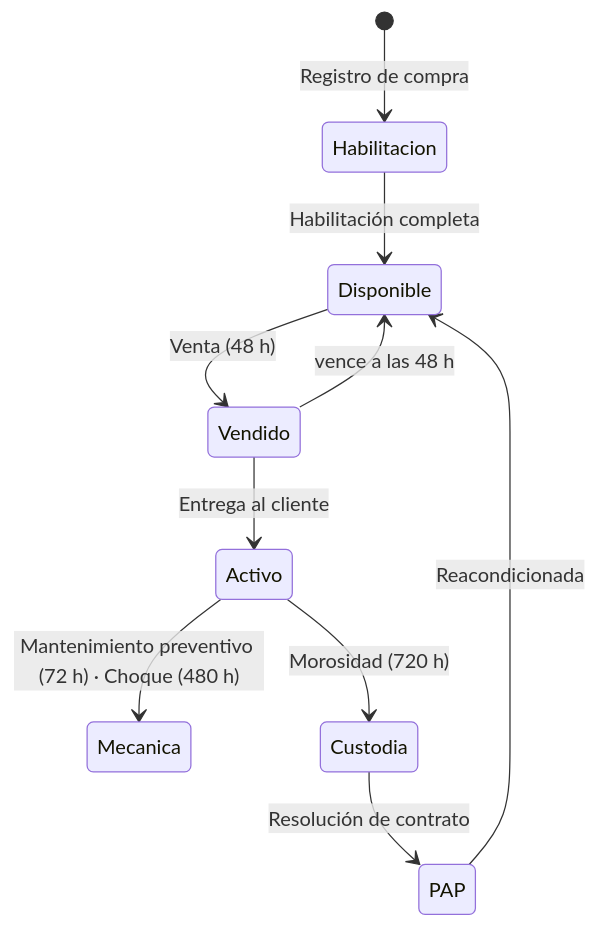
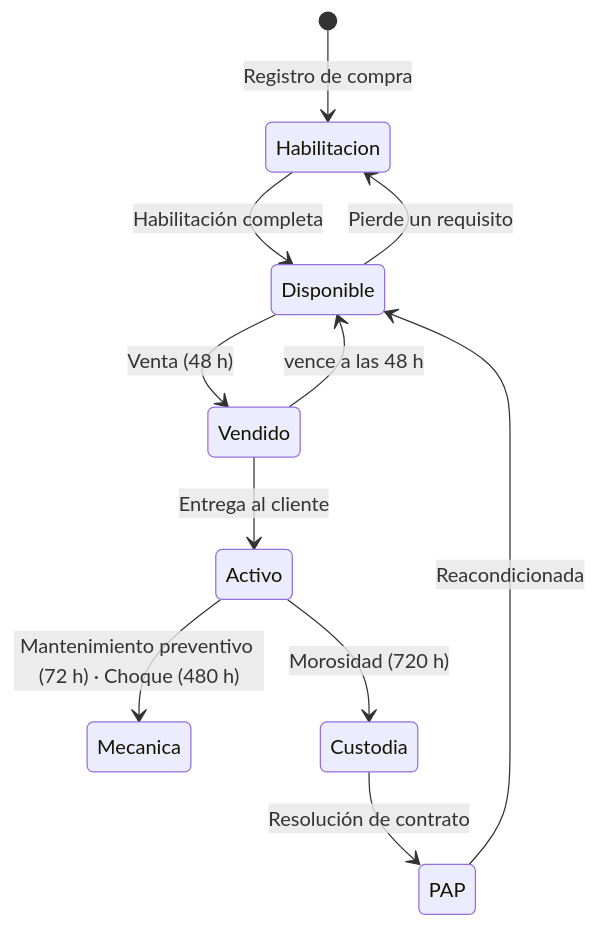
One commit to erp-millennium-mobility-sac/erp-millennium-mobility-documentation changed the second of 2 diagrams in procesos-y-pantallas-millennium-mobility.md. Above: the diagram before and after it, drawn with Mermaid. The commit also changed other lines of this file, not shown here.

````diff
--- a/procesos-y-pantallas-millennium-mobility.md
+++ b/procesos-y-pantallas-millennium-mobility.md
@@ -173,12 +180,13 @@
 ```mermaid
 stateDiagram-v2
   [*] --> Habilitacion : Registro de compra
   Habilitacion --> Disponible : Habilitación completa
+  Disponible --> Habilitacion : Pierde un requisito
   Disponible --> Vendido : Venta (48 h)
   Vendido --> Disponible : vence a las 48 h
   Vendido --> Activo : Entrega al cliente
   Activo --> Mecanica : Mantenimiento preventivo (72 h) · Choque (480 h)
   Activo --> Custodia : Morosidad (720 h)
   Custodia --> PAP : Resolución de contrato
   PAP --> Disponible : Reacondicionada
 ```
````
